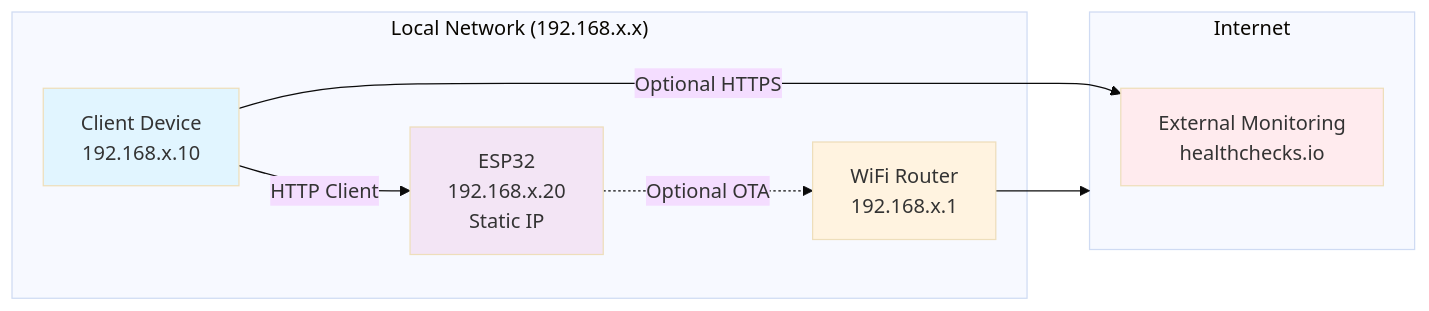
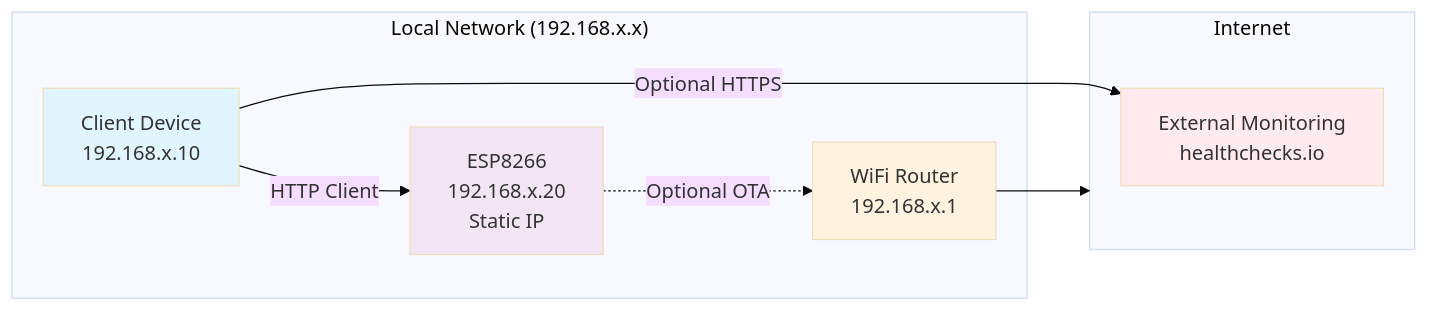
One commit to dgloeckner/remote-token-dispenser changed diagram 17 of 26 in ARCHITECTURE.md. Above: the diagram before and after it, drawn with Mermaid (base theme). The commit also changed other lines of this file and 21 other files, not shown here.

````diff
--- a/ARCHITECTURE.md
+++ b/ARCHITECTURE.md
@@ -820,22 +820,22 @@
 ```mermaid
 graph LR
     subgraph "Local Network (192.168.x.x)"
         Client[Client Device<br/>192.168.x.10]
-        ESP[ESP32<br/>192.168.x.20<br/>Static IP]
+        ESP[ESP8266<br/>192.168.x.20<br/>Static IP]
         Router[WiFi Router<br/>192.168.x.1]
     end
 
     subgraph "Internet"
         Monitor[External Monitoring<br/>healthchecks.io]
     end
 
     Client -->|HTTP Client| ESP
     Client -->|Optional HTTPS| Monitor
     ESP -.->|Optional OTA| Router
     Router --> Internet
 
     style Client fill:#e1f5ff
     style ESP fill:#f3e5f5
     style Router fill:#fff3e0
     style Monitor fill:#ffebee
 ```
````
